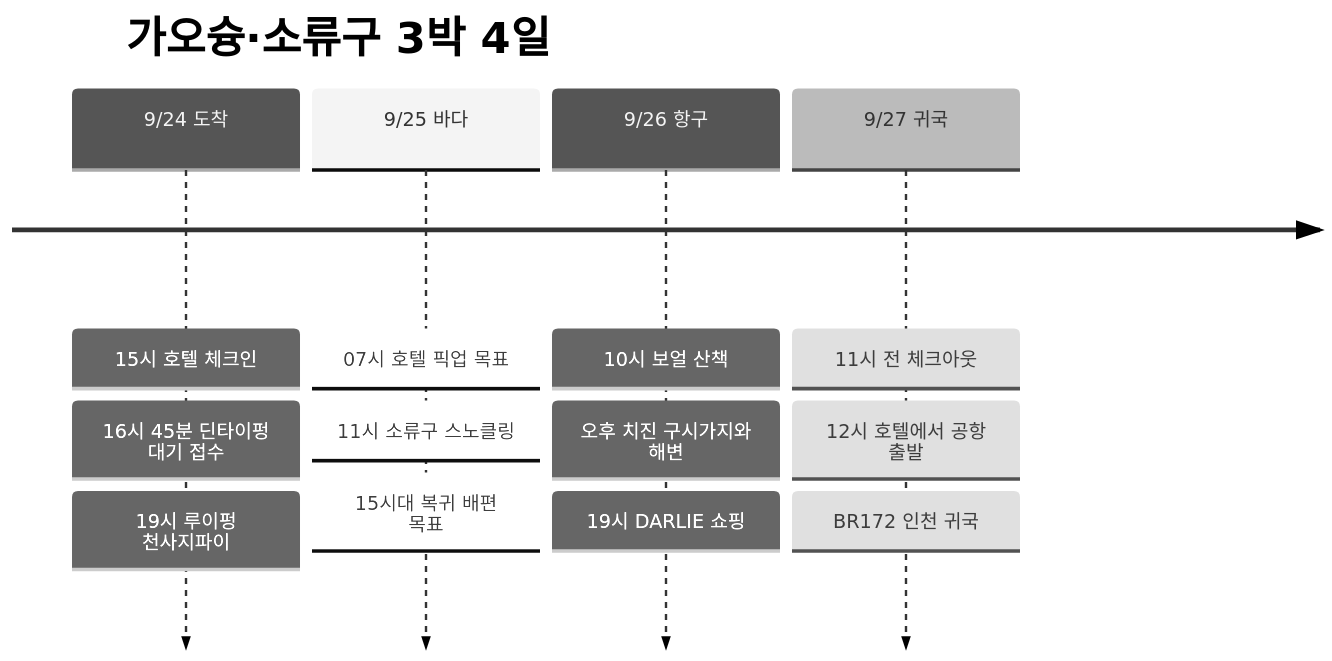
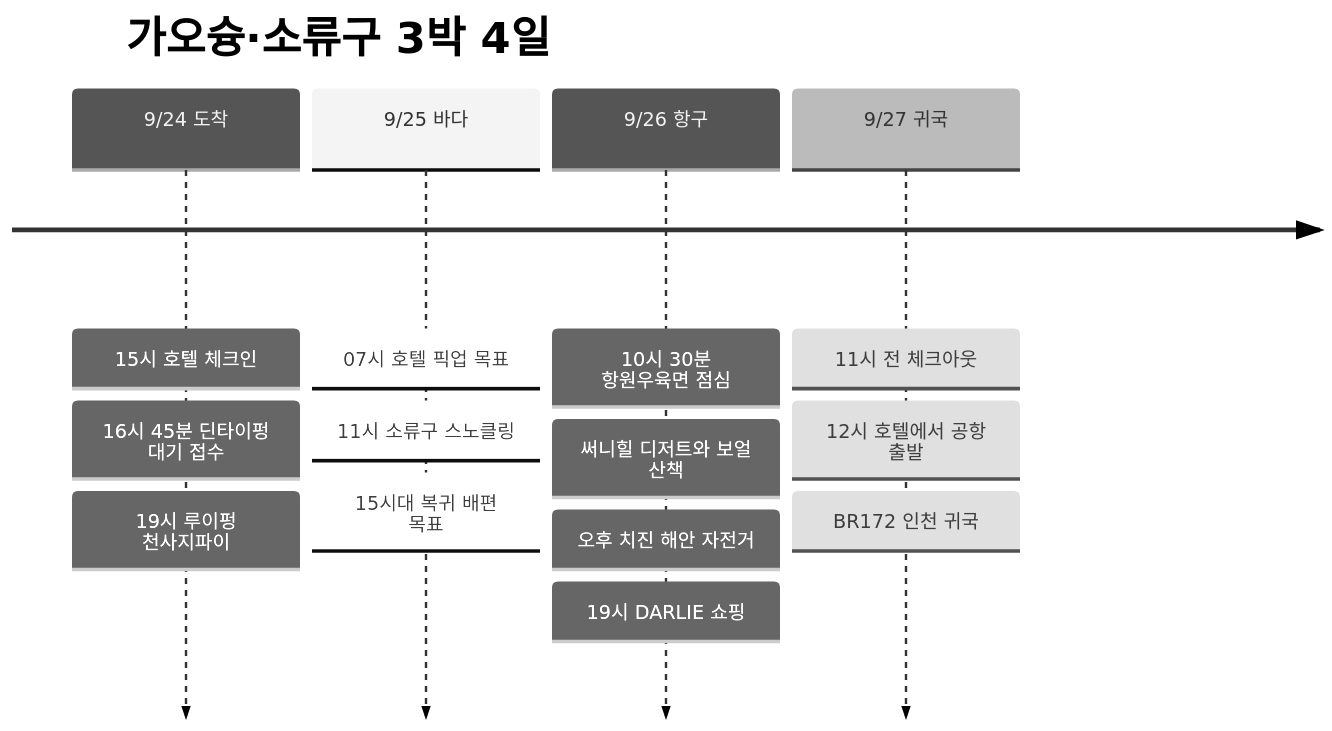
One commit to gongdongho12/commit-map changed the diagram in src/content/posts/2026-09-24-kaohsiung-xiaoliuqiu.md. Above: the diagram before and after it, drawn with Mermaid (neutral theme). The commit also changed other lines of this file and 1 other file, not shown here.

````diff
--- a/src/content/posts/2026-09-24-kaohsiung-xiaoliuqiu.md
+++ b/src/content/posts/2026-09-24-kaohsiung-xiaoliuqiu.md
@@ -135,16 +152,17 @@
 ```mermaid
 timeline
   title 가오슝·소류구 3박 4일
   9/24 도착 : 15시 호텔 체크인
              : 16시 45분 딘타이펑 대기 접수
              : 19시 루이펑 천사지파이
   9/25 바다 : 07시 호텔 픽업 목표
              : 11시 소류구 스노클링
              : 15시대 복귀 배편 목표
-  9/26 항구 : 10시 보얼 산책
-             : 오후 치진 구시가지와 해변
+  9/26 항구 : 10시 30분 항원우육면 점심
+             : 써니힐 디저트와 보얼 산책
+             : 오후 치진 해안 자전거
              : 19시 DARLIE 쇼핑
   9/27 귀국 : 11시 전 체크아웃
              : 12시 호텔에서 공항 출발
              : BR172 인천 귀국
 ```
````
